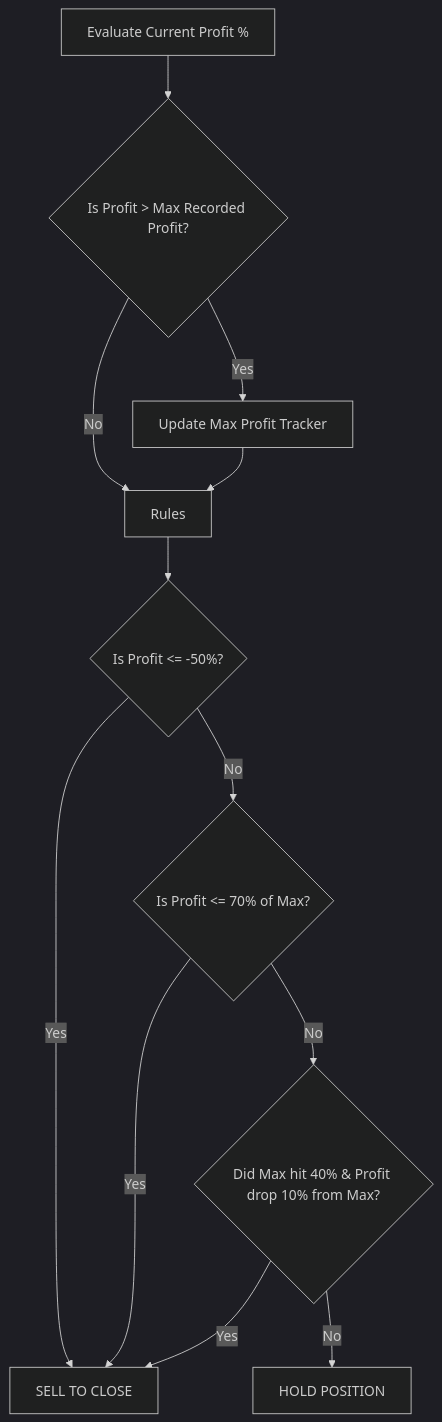
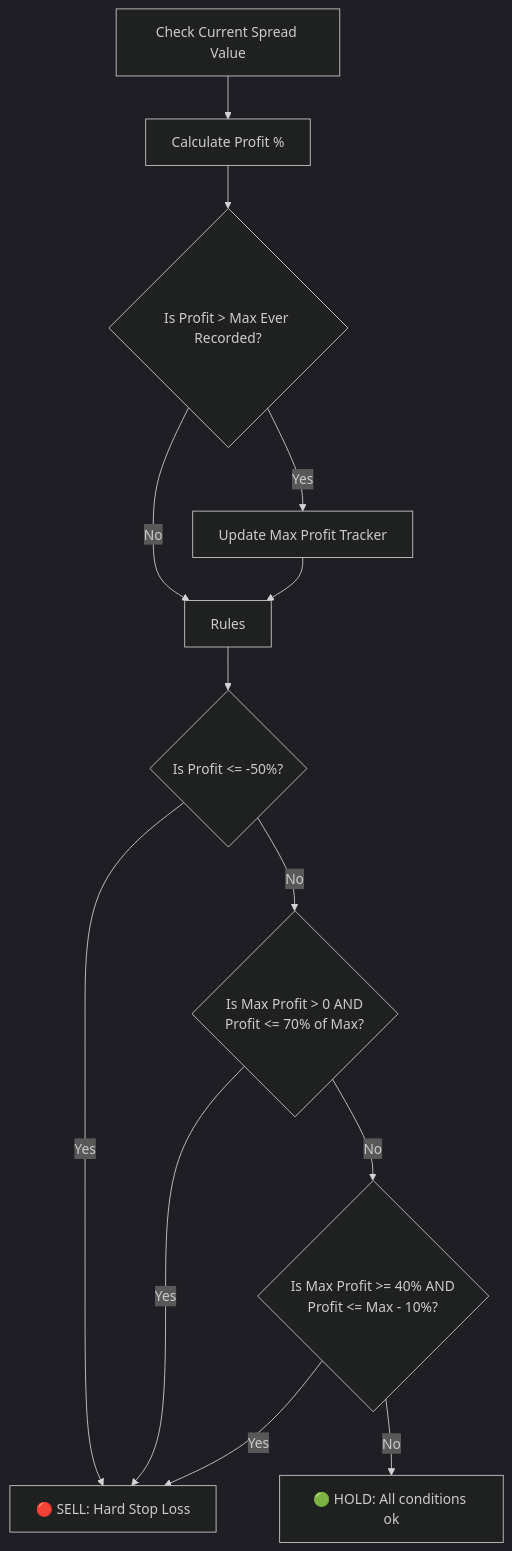
The second of 3 diagrams in docs/HOW_IT_WORKS.md (rakeshnemani/0dte), drawn with Mermaid (dark theme) before and after one commit. The commit also changed other lines of this file and 3 other files, not shown here.

````diff
--- a/docs/HOW_IT_WORKS.md
+++ b/docs/HOW_IT_WORKS.md
@@ -68,17 +140,18 @@
 ```mermaid
 graph TD
-    Evaluate[Evaluate Current Profit %] --> MaxProfit{Is Profit > Max Recorded Profit?}
+    Evaluate[Check Current Spread Value] --> Calc[Calculate Profit %]
+    Calc --> MaxProfit{Is Profit > Max Ever Recorded?}
     MaxProfit -- Yes --> Update[Update Max Profit Tracker]
     MaxProfit -- No --> Rules
     Update --> Rules
     
     Rules --> Rule1{Is Profit <= -50%?}
-    Rule1 -- Yes --> Sell[SELL TO CLOSE]
-    Rule1 -- No --> Rule2{Is Profit <= 70% of Max?}
+    Rule1 -- Yes --> Sell["🔴 SELL: Hard Stop Loss"]
+    Rule1 -- No --> Rule2{Is Max Profit > 0 AND<br/>Profit <= 70% of Max?}
     
     Rule2 -- Yes --> Sell
-    Rule2 -- No --> Rule3{Did Max hit 40% & Profit drop 10% from Max?}
+    Rule2 -- No --> Rule3{Is Max Profit >= 40% AND<br/>Profit <= Max - 10%?}
     
     Rule3 -- Yes --> Sell
-    Rule3 -- No --> Hold[HOLD POSITION]
+    Rule3 -- No --> Hold["🟢 HOLD: All conditions ok"]
 ```
````
